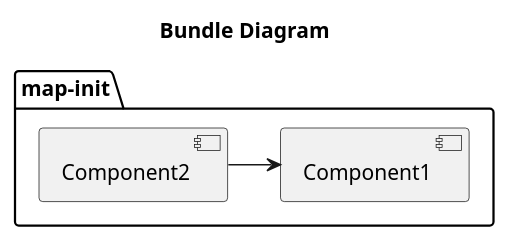
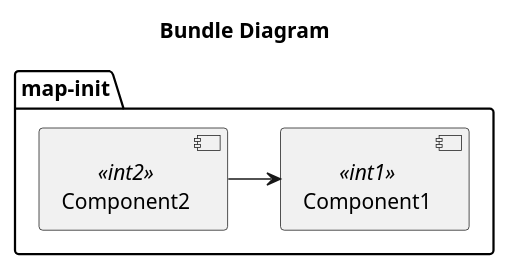
The diagram in test.puml (schneiderlars/manipu), drawn with PlantUML before and after one commit. The commit also changed 2 other files, not shown here.

Commit message:
add interface to uml

```diff
--- a/test.puml
+++ b/test.puml
@@ -1,11 +1,10 @@
 @startuml
     title Bundle Diagram
     package "map-init" {
-        [Component1]
-        [Component2]
+        [Component1] <<int1>>
+        [Component2] <<int2>>
         
     }
-    
     [Component2] -> [Component1]
                 
     @enduml 
```
